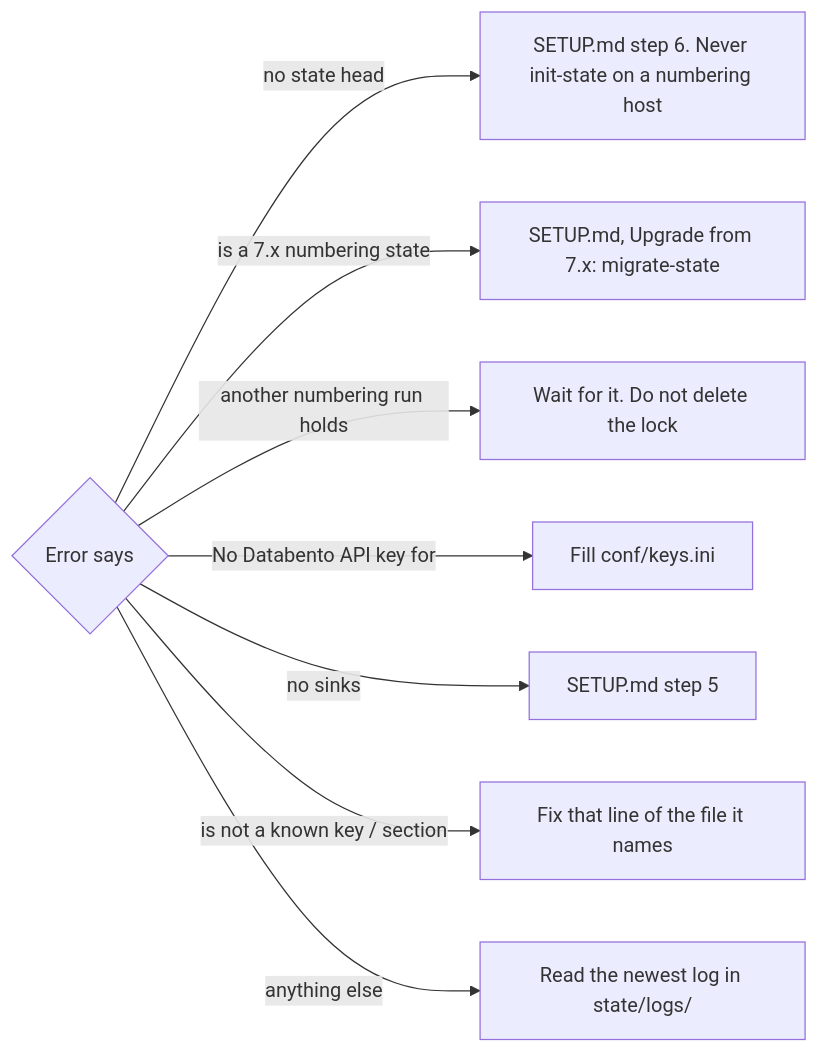
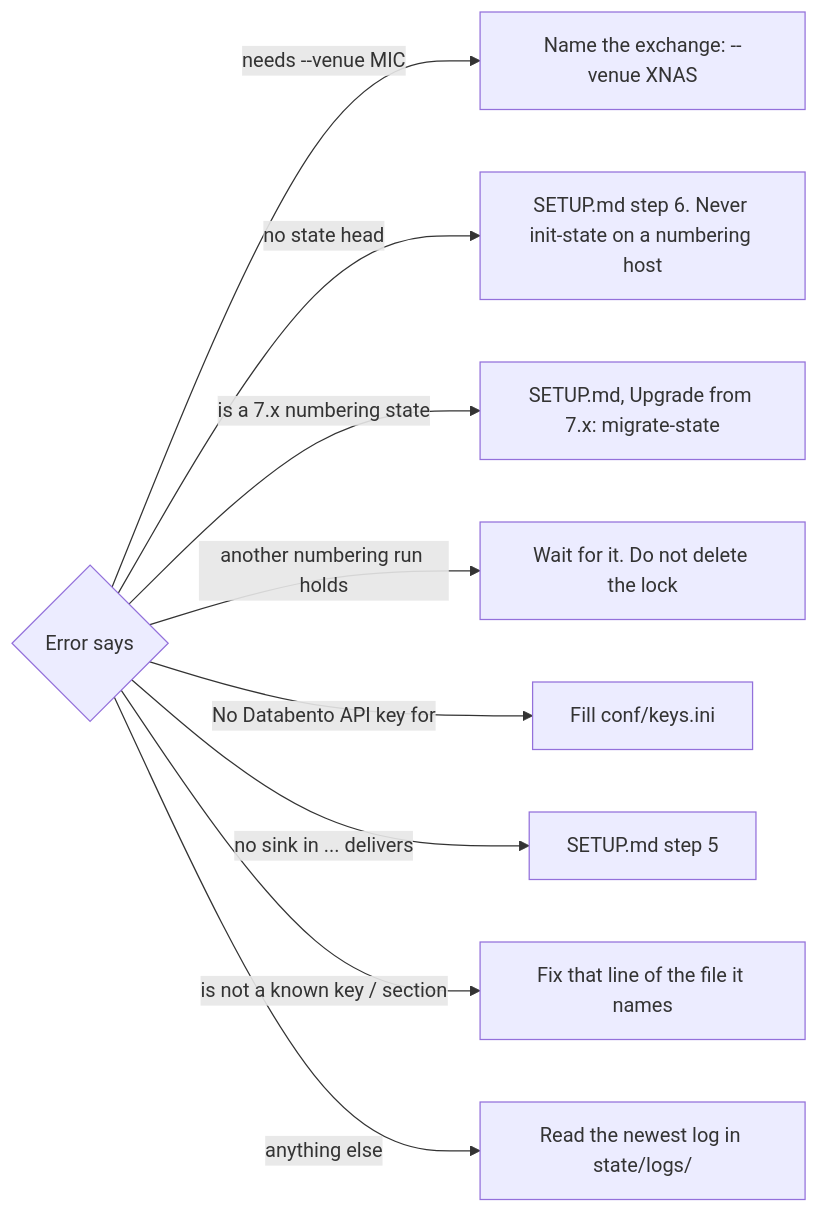
The third of 3 diagrams in deploy/RUNBOOK.md (dvygo/Securities), drawn with Mermaid before and after one commit. The commit also changed other lines of this file and 33 other files, not shown here.

First line of the commit message:
8.0.0: every run is for one exchange (--venue MIC); no all-venue runs

````diff
--- a/deploy/RUNBOOK.md
+++ b/deploy/RUNBOOK.md
@@ -78,10 +69,11 @@
 ```mermaid
 flowchart LR
-    F{"Error says"} -->|"no state head"| I["SETUP.md step 6. Never init-state on a numbering host"]
+    F{"Error says"} -->|"needs --venue MIC"| V["Name the exchange: --venue XNAS"]
+    F -->|"no state head"| I["SETUP.md step 6. Never init-state on a numbering host"]
     F -->|"is a 7.x numbering state"| M["SETUP.md, Upgrade from 7.x: migrate-state"]
     F -->|"another numbering run holds"| L["Wait for it. Do not delete the lock"]
     F -->|"No Databento API key for"| K["Fill conf/keys.ini"]
-    F -->|"no sinks"| S["SETUP.md step 5"]
+    F -->|"no sink in ... delivers"| S["SETUP.md step 5"]
     F -->|"is not a known key / section"| C["Fix that line of the file it names"]
     F -->|"anything else"| G["Read the newest log in state/logs/"]
 ```
````
